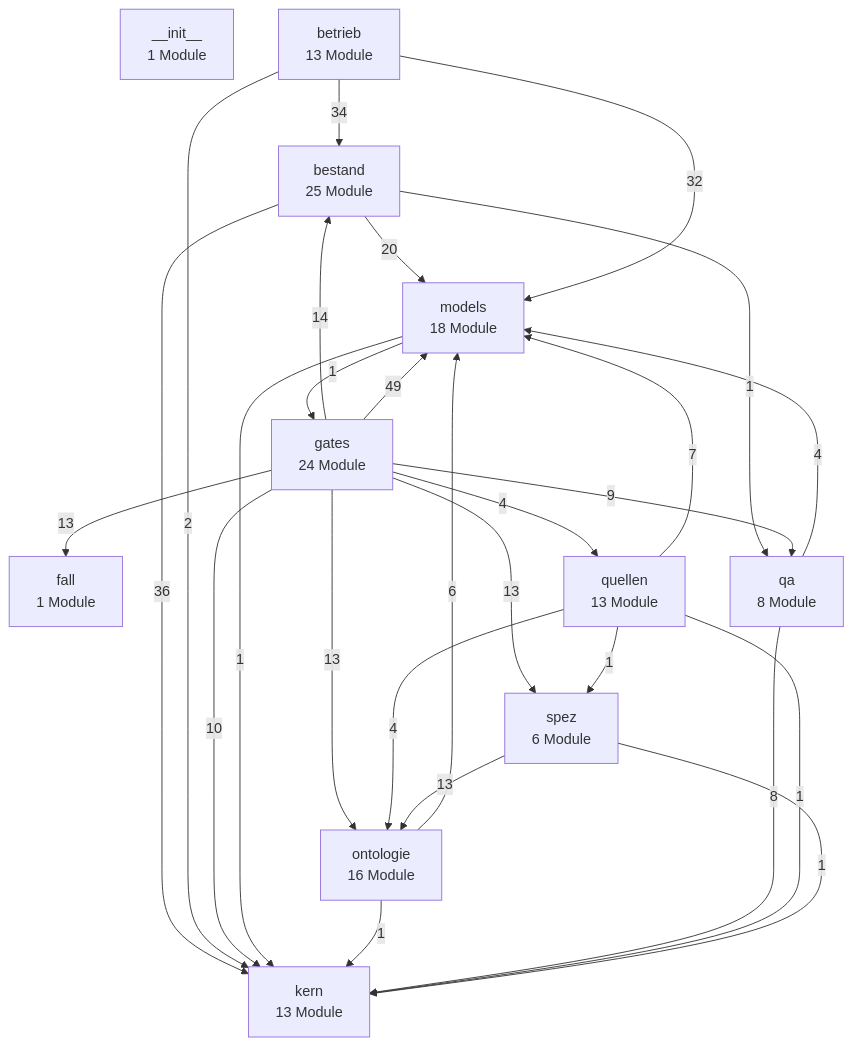
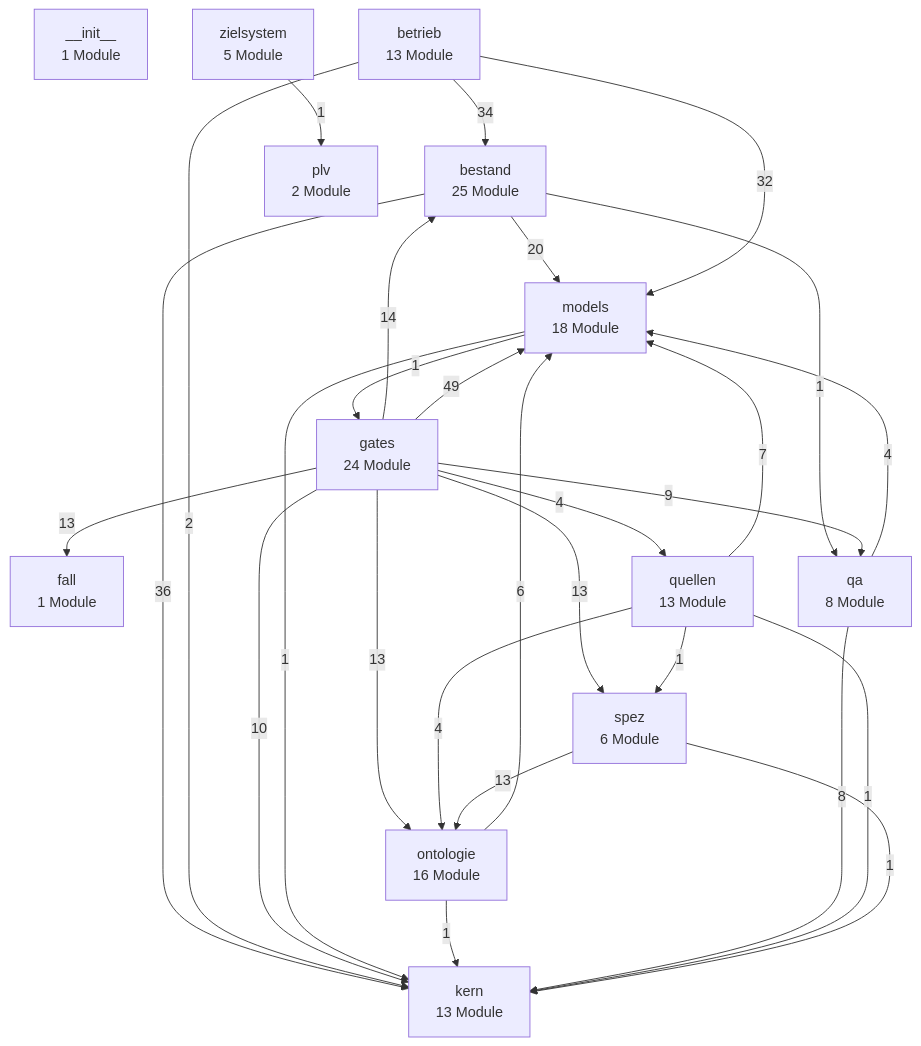
The first of 3 diagrams in docs/architektur/landkarte.md (bartlmac/rechner-pipeline), drawn with Mermaid before and after one commit. The commit also changed other lines of this file and 17 other files, not shown here.

````diff
--- a/docs/architektur/landkarte.md
+++ b/docs/architektur/landkarte.md
@@ -31,41 +31,44 @@
 ```mermaid
 %% Schichten — erzeugt von ontologie.landkarte
 flowchart TD
     n__init__["__init__<br/>1 Module"]
     bestand["bestand<br/>25 Module"]
     betrieb["betrieb<br/>13 Module"]
     fall["fall<br/>1 Module"]
     gates["gates<br/>24 Module"]
     kern["kern<br/>13 Module"]
     models["models<br/>18 Module"]
     ontologie["ontologie<br/>16 Module"]
+    plv["plv<br/>2 Module"]
     qa["qa<br/>8 Module"]
     quellen["quellen<br/>13 Module"]
     spez["spez<br/>6 Module"]
+    zielsystem["zielsystem<br/>5 Module"]
     bestand -- 36 --> kern
     bestand -- 20 --> models
     bestand -- 1 --> qa
     betrieb -- 34 --> bestand
     betrieb -- 2 --> kern
     betrieb -- 32 --> models
     gates -- 14 --> bestand
     gates -- 13 --> fall
     gates -- 10 --> kern
     gates -- 49 --> models
     gates -- 13 --> ontologie
     gates -- 9 --> qa
     gates -- 4 --> quellen
     gates -- 13 --> spez
     models -- 1 --> gates
     models -- 1 --> kern
     ontologie -- 1 --> kern
     ontologie -- 6 --> models
     qa -- 8 --> kern
     qa -- 4 --> models
     quellen -- 1 --> kern
     quellen -- 7 --> models
     quellen -- 4 --> ontologie
     quellen -- 1 --> spez
     spez -- 1 --> kern
     spez -- 13 --> ontologie
+    zielsystem -- 1 --> plv
 ```
````
